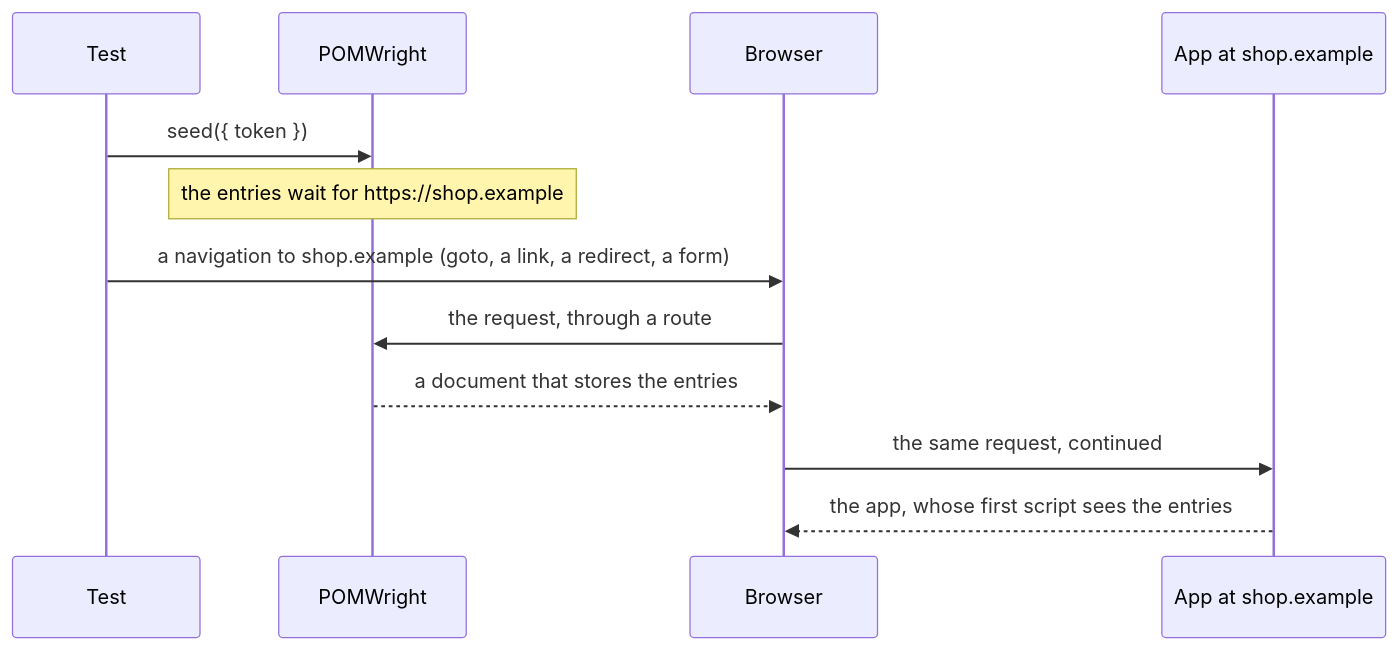
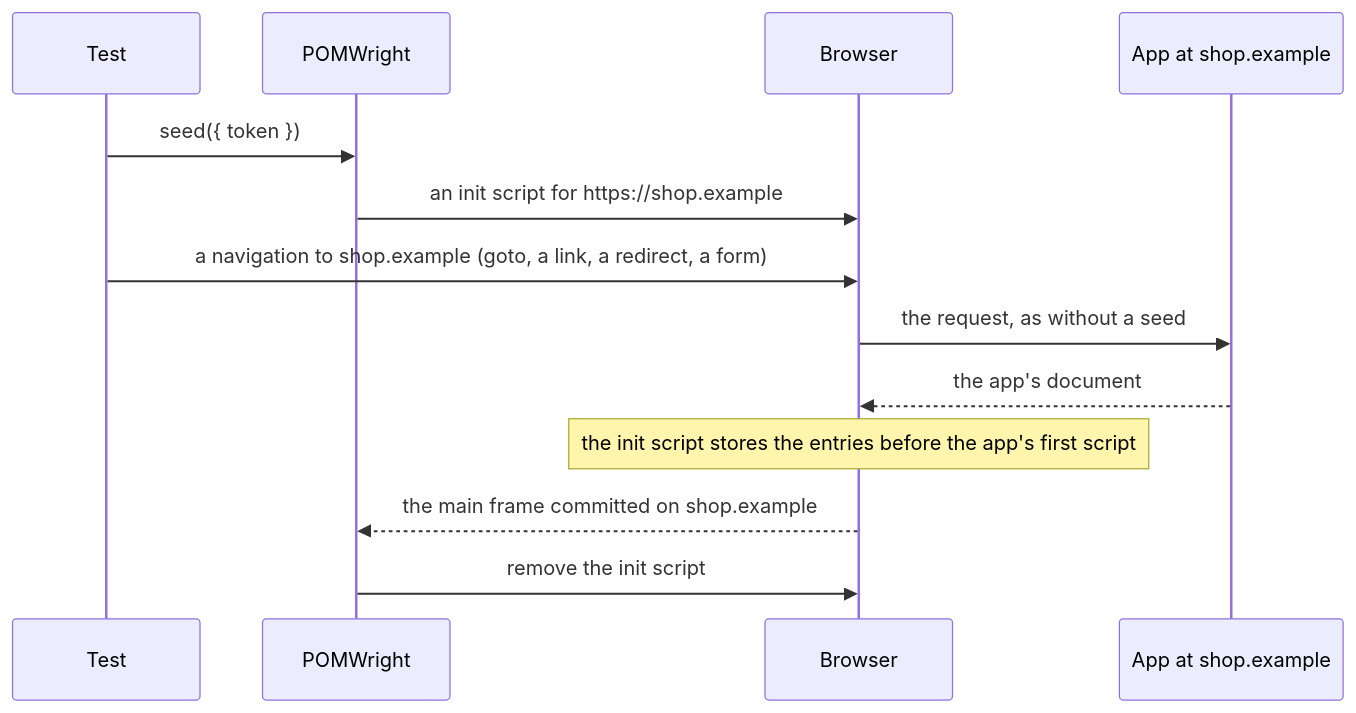
One commit to DyHex/POMWright changed the diagram in website/src/content/docs/docs/seeding-session-storage.md. Above: the diagram before and after it, drawn with Mermaid. The commit also changed other lines of this file and 5 other files, not shown here.

````diff
--- a/website/src/content/docs/docs/seeding-session-storage.md
+++ b/website/src/content/docs/docs/seeding-session-storage.md
@@ -32,14 +33,15 @@
 ```mermaid
 sequenceDiagram
   participant Test
   participant POMWright
   participant Browser
   participant App as App at shop.example
   Test->>POMWright: seed({ token })
-  Note over POMWright: the entries wait for https://shop.example
+  POMWright->>Browser: an init script for https://shop.example
   Test->>Browser: a navigation to shop.example (goto, a link, a redirect, a form)
-  Browser->>POMWright: the request, through a route
-  POMWright-->>Browser: a document that stores the entries
-  Browser->>App: the same request, continued
-  App-->>Browser: the app, whose first script sees the entries
+  Browser->>App: the request, as without a seed
+  App-->>Browser: the app's document
+  Note over Browser: the init script stores the entries before the app's first script
+  Browser-->>POMWright: the main frame committed on shop.example
+  POMWright->>Browser: remove the init script
 ```
````
